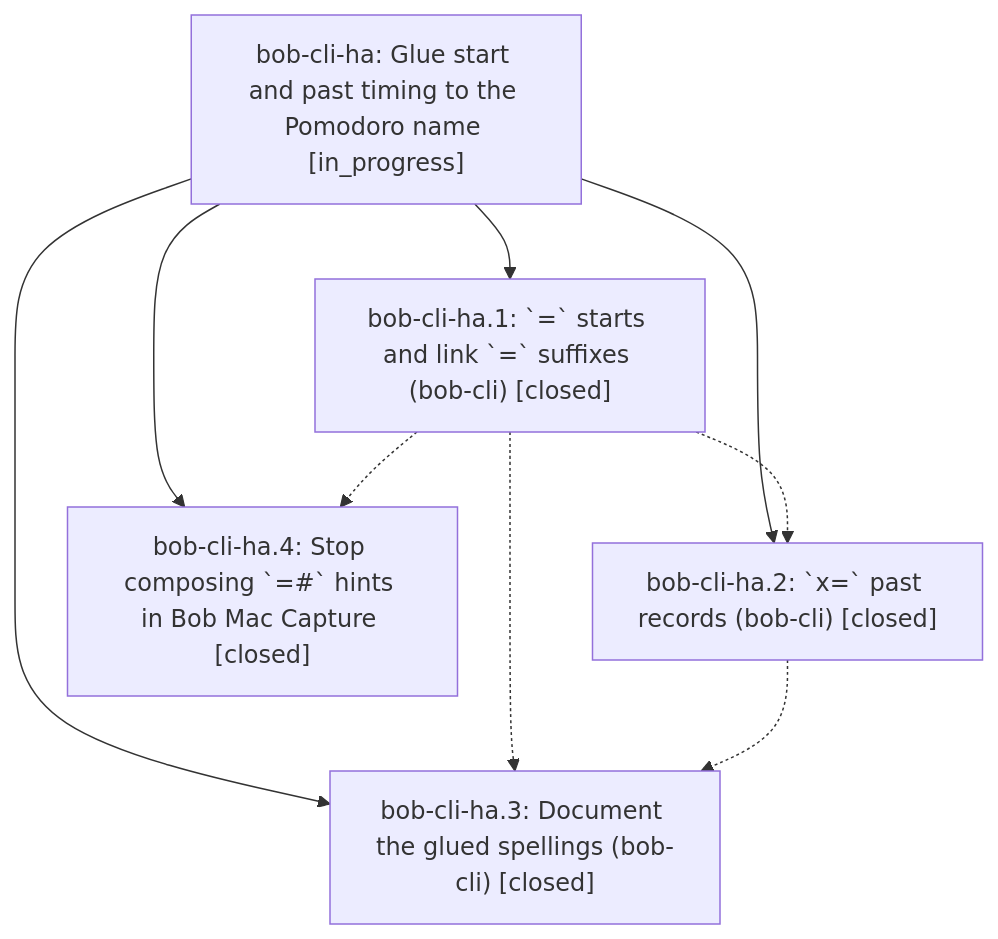
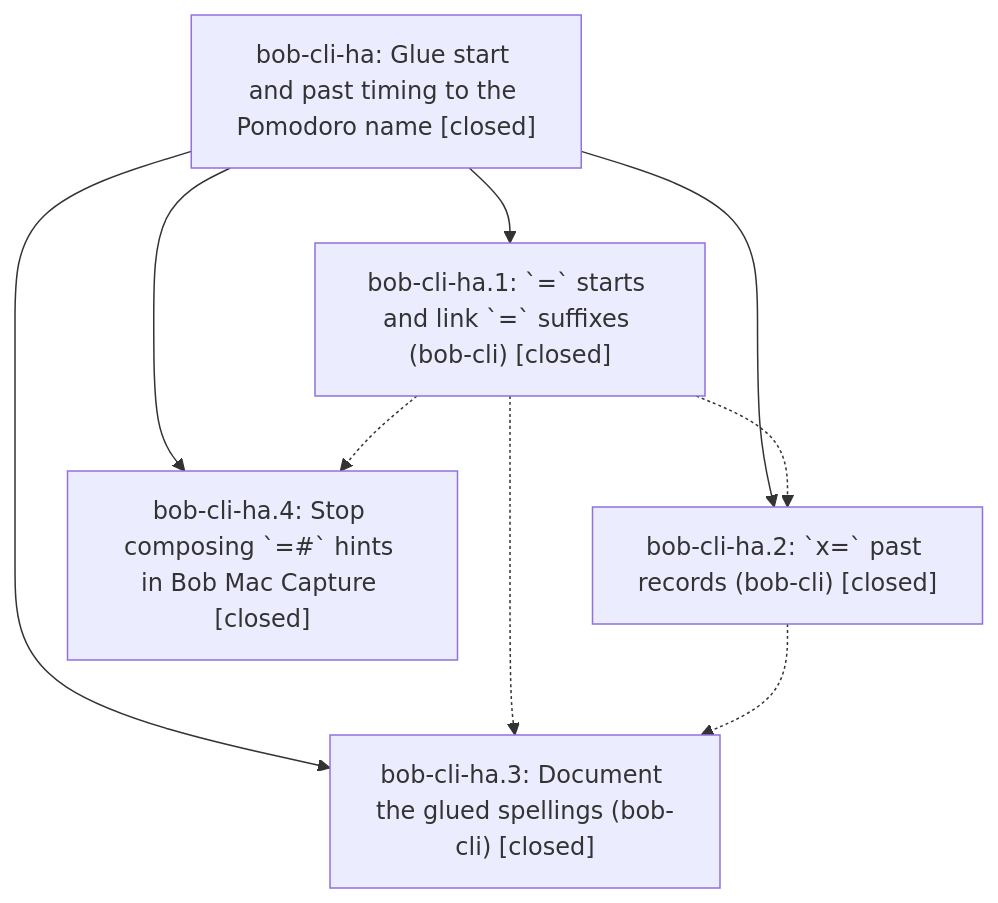
Before and after one commit to bobs-org/bob-cli--beads: the diagram in pages/bob-cli-ha/README.md, drawn with Mermaid. The commit also changed other lines of this file and 1 other file, not shown here.

First line of the commit message:
chore(beads): sync bead state and pages for bob-cli-ha

````diff
--- a/pages/bob-cli-ha/README.md
+++ b/pages/bob-cli-ha/README.md
@@ -44,16 +69,16 @@
 ```mermaid
 flowchart TD
-    n0["bob-cli-ha: Glue start and past timing to the Pomodoro name [in_progress]"]
+    n0["bob-cli-ha: Glue start and past timing to the Pomodoro name [closed]"]
     n1["bob-cli-ha.1: `=` starts and link `=` suffixes (bob-cli) [closed]"]
     n2["bob-cli-ha.2: `x=` past records (bob-cli) [closed]"]
     n3["bob-cli-ha.3: Document the glued spellings (bob-cli) [closed]"]
     n4["bob-cli-ha.4: Stop composing `=#` hints in Bob Mac Capture [closed]"]
     n0 --> n1
     n0 --> n2
     n0 --> n3
     n0 --> n4
     n1 -.-> n2
     n1 -.-> n3
     n1 -.-> n4
     n2 -.-> n3
 ```
````
